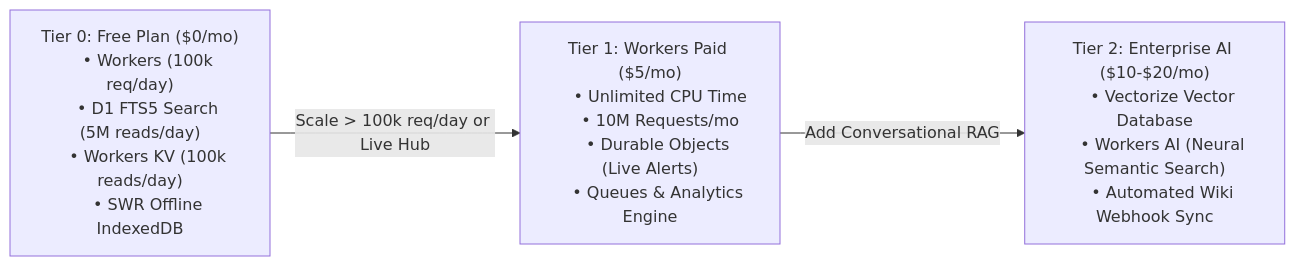
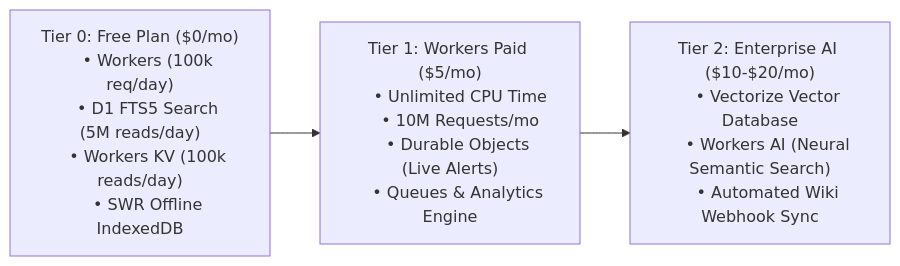
One commit to Harshil8136/chess-game1 changed the eighth of 8 diagrams in synced-docs/cf-admin/documentation/archive/DO NOT SCAN!/CLOUDFLARE_PROD_DEPLOYMENT_PLAN.md. Above: the diagram before and after it, drawn with Mermaid. The commit also changed other lines of this file and 4 other files, not shown here.

````diff
--- a/synced-docs/cf-admin/documentation/archive/DO NOT SCAN!/CLOUDFLARE_PROD_DEPLOYMENT_PLAN.md
+++ b/synced-docs/cf-admin/documentation/archive/DO NOT SCAN!/CLOUDFLARE_PROD_DEPLOYMENT_PLAN.md
@@ -546,22 +542,22 @@
 ```mermaid
 flowchart LR
     Tier0["Tier 0: Free Plan ($0/mo)
     • Workers (100k req/day)
     • D1 FTS5 Search (5M reads/day)
     • Workers KV (100k reads/day)
     • SWR Offline IndexedDB"]
     
     Tier1["Tier 1: Workers Paid ($5/mo)
     • Unlimited CPU Time
     • 10M Requests/mo
     • Durable Objects (Live Alerts)
     • Queues & Analytics Engine"]
     
     Tier2["Tier 2: Enterprise AI ($10-$20/mo)
     • Vectorize Vector Database
     • Workers AI (Neural Semantic Search)
     • Automated Wiki Webhook Sync"]
 
-    Tier0 -->|Scale > 100k req/day or Live Hub| Tier1
-    Tier1 -->|Add Conversational RAG| Tier2
+    Tier0 --> Tier1
+    Tier1 --> Tier2
 ```
````
